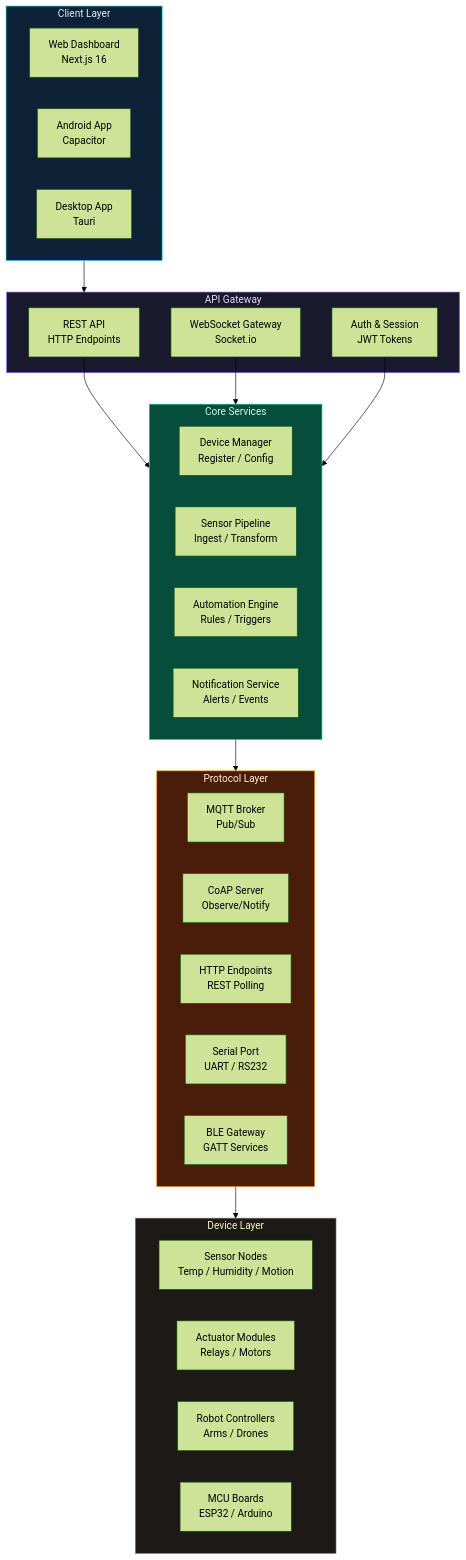
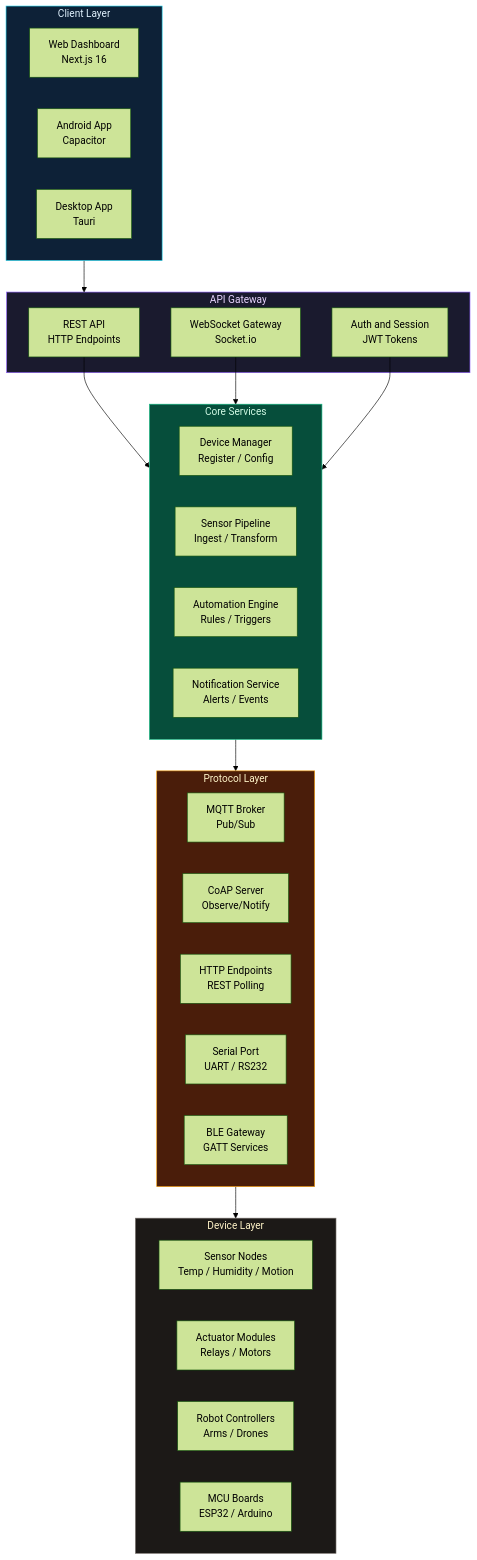
The first of 5 diagrams in README.md (mulkymalikuldhrs/nanggroe-iot), drawn with Mermaid (forest theme) before and after one commit. The commit also changed other lines of this file and 1 other file, not shown here.

Commit message:
🎨 Upgrade: banner image + fixed Mermaid + animations + flow diagrams

````diff
--- a/README.md
+++ b/README.md
@@ -96,49 +43,49 @@
 ```mermaid
 graph TB
     subgraph Clients["Client Layer"]
         Web["Web Dashboard<br/>Next.js 16"]
         Android["Android App<br/>Capacitor"]
         Desktop["Desktop App<br/>Tauri"]
     end
 
     subgraph Gateway["API Gateway"]
         REST["REST API<br/>HTTP Endpoints"]
         WS_GW["WebSocket Gateway<br/>Socket.io"]
-        Auth["Auth & Session<br/>JWT Tokens"]
+        Auth["Auth and Session<br/>JWT Tokens"]
     end
 
     subgraph Core["Core Services"]
         Device_Mgr["Device Manager<br/>Register / Config"]
         Sensor_Pipe["Sensor Pipeline<br/>Ingest / Transform"]
         Auto_Engine["Automation Engine<br/>Rules / Triggers"]
         Notif["Notification Service<br/>Alerts / Events"]
     end
 
     subgraph Protocol["Protocol Layer"]
         MQTT_Broker["MQTT Broker<br/>Pub/Sub"]
         CoAP_Server["CoAP Server<br/>Observe/Notify"]
         HTTP_Endpoint["HTTP Endpoints<br/>REST Polling"]
         Serial_Port["Serial Port<br/>UART / RS232"]
         BLE_Gateway["BLE Gateway<br/>GATT Services"]
     end
 
     subgraph Devices["Device Layer"]
         Sensors["Sensor Nodes<br/>Temp / Humidity / Motion"]
         Actuators["Actuator Modules<br/>Relays / Motors"]
         Robots["Robot Controllers<br/>Arms / Drones"]
         Microcontrollers["MCU Boards<br/>ESP32 / Arduino"]
     end
 
     Clients --> Gateway
     REST --> Core
     WS_GW --> Core
     Auth --> Core
     Core --> Protocol
     Protocol --> Devices
 
     style Clients fill:#0d2137,stroke:#22d3ee,color:#e0f2fe
     style Gateway fill:#1a1a2e,stroke:#8b5cf6,color:#e9d5ff
     style Core fill:#064e3b,stroke:#10b981,color:#d1fae5
     style Protocol fill:#4a1d0a,stroke:#f59e0b,color:#fef3c7
     style Devices fill:#1c1917,stroke:#78716c,color:#fef3c7
 ```
````
